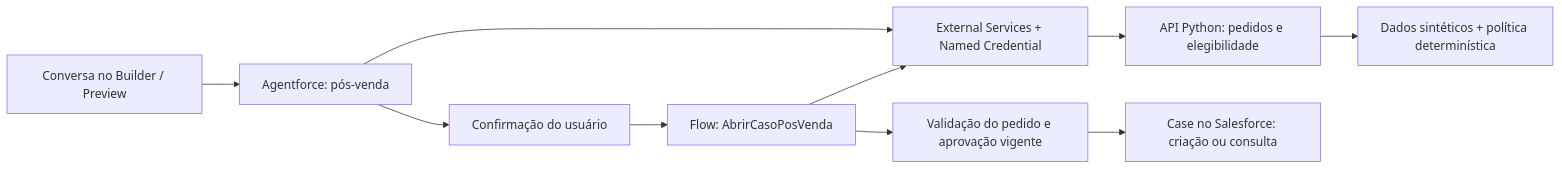
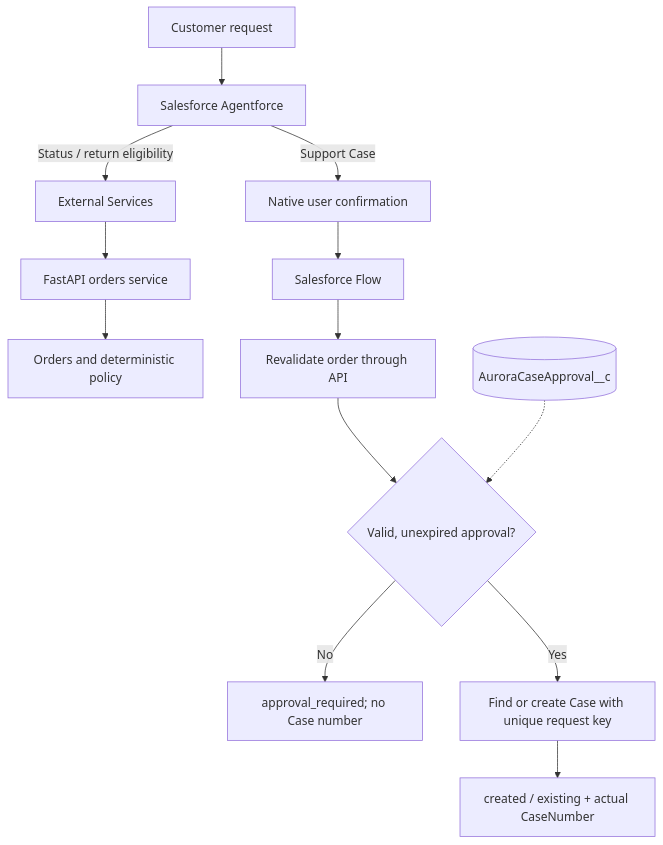
The diagram in README.md (brunovicco/aurora-agentforce), drawn with Mermaid before and after one commit. The commit also changed other lines of this file, not shown here.

Commit message:
docs: focus English README on Agentforce authorization case study

````diff
--- a/README.md
+++ b/README.md
@@ -23,12 +23,15 @@
 ```mermaid
-flowchart LR
-    U[Conversa no Builder / Preview] --> A[Agentforce: pós-venda]
-    A --> E[External Services + Named Credential]
-    E --> P[API Python: pedidos e elegibilidade]
-    P --> D[Dados sintéticos + política determinística]
-    A --> C[Confirmação do usuário]
-    C --> F[Flow: AbrirCasoPosVenda]
-    F --> V[Validação do pedido e aprovação vigente]
-    V --> S[Case no Salesforce: criação ou consulta]
-    F --> E
+flowchart TD
+    U[Customer request] --> A[Salesforce Agentforce]
+    A -->|Status / return eligibility| E[External Services]
+    E --> API[FastAPI orders service]
+    API --> D[Orders and deterministic policy]
+    A -->|Support Case| C[Native user confirmation]
+    C --> F[Salesforce Flow]
+    F --> V[Revalidate order through API]
+    V --> G{Valid, unexpired approval?}
+    P[(AuroraCaseApproval__c)] -.-> G
+    G -->|No| B[approval_required; no Case number]
+    G -->|Yes| K[Find or create Case with unique request key]
+    K --> O[created / existing + actual CaseNumber]
 ```
````
